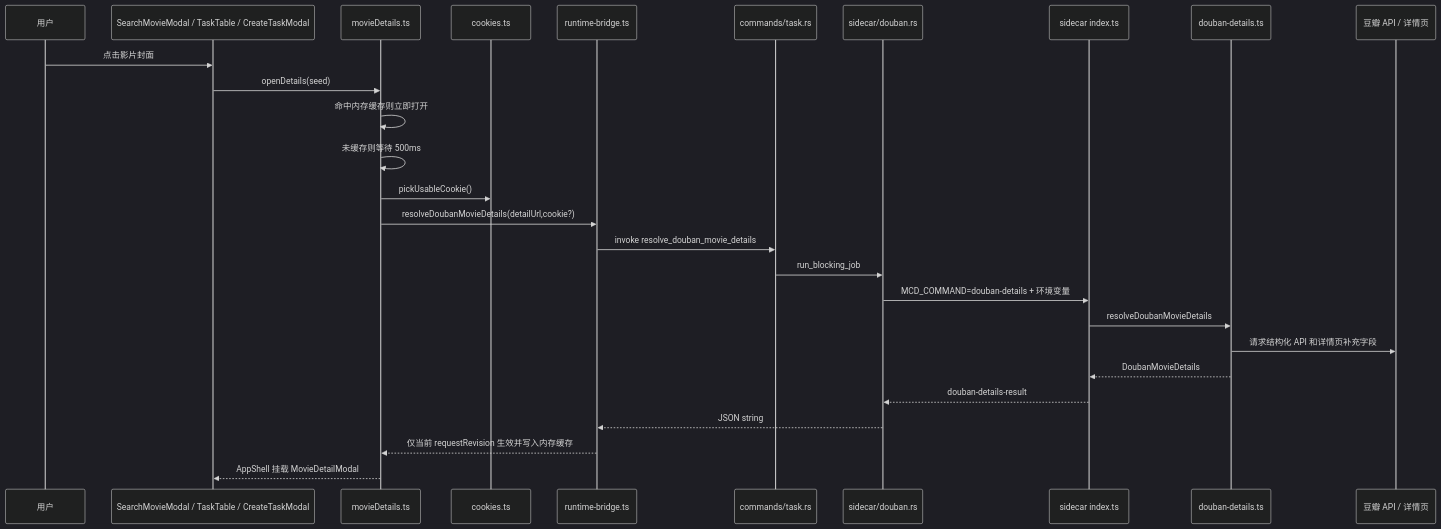
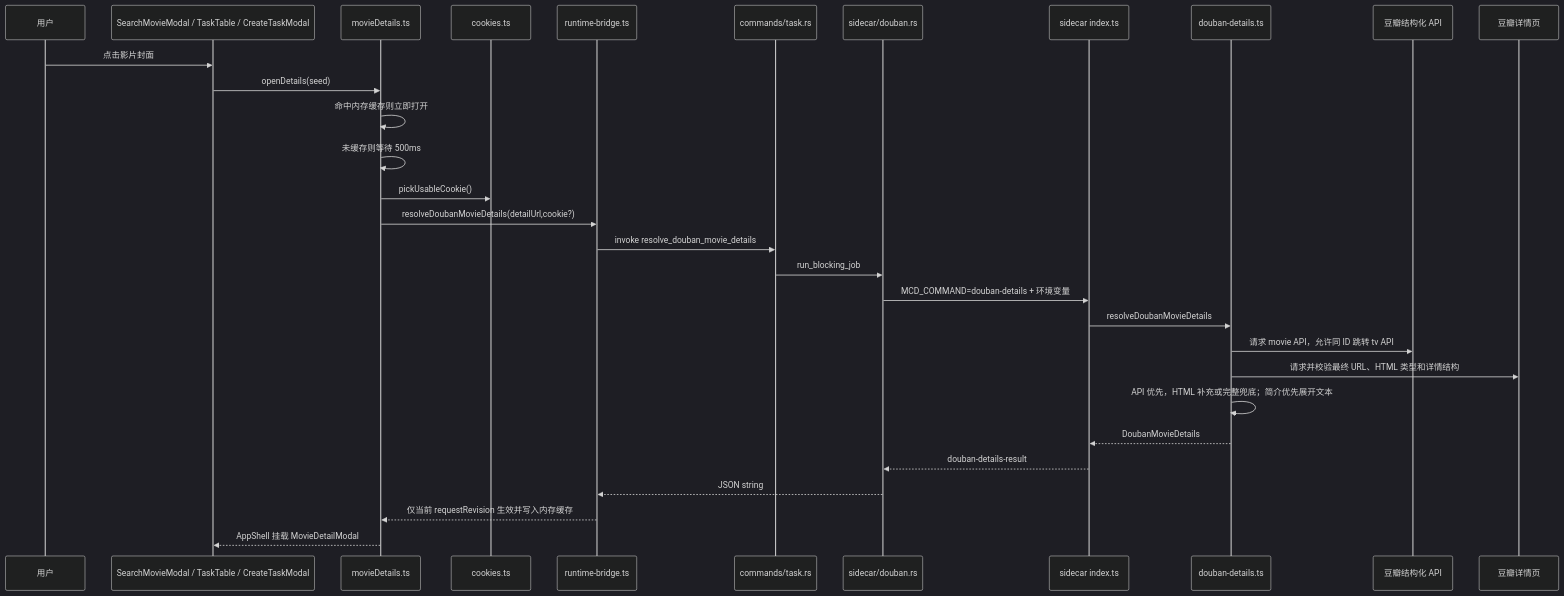
One commit to vdbvxcbcb/movie-cover-downloader changed the second of 11 diagrams in docs/ai-context/runtime-flows.md. Above: the diagram before and after it, drawn with Mermaid (dark theme). The commit also changed other lines of this file and 6 other files, not shown here.

````diff
--- a/docs/ai-context/runtime-flows.md
+++ b/docs/ai-context/runtime-flows.md
@@ -71,30 +71,33 @@
 ```mermaid
 sequenceDiagram
   participant User as 用户
   participant Entry as SearchMovieModal / TaskTable / CreateTaskModal
   participant Store as movieDetails.ts
   participant Cookies as cookies.ts
   participant Bridge as runtime-bridge.ts
   participant Tauri as commands/task.rs
   participant RustSidecar as sidecar/douban.rs
   participant Sidecar as sidecar index.ts
   participant DetailService as douban-details.ts
-  participant Douban as 豆瓣 API / 详情页
+  participant Api as 豆瓣结构化 API
+  participant Html as 豆瓣详情页
 
   User->>Entry: 点击影片封面
   Entry->>Store: openDetails(seed)
   Store->>Store: 命中内存缓存则立即打开
   Store->>Store: 未缓存则等待 500ms
   Store->>Cookies: pickUsableCookie()
   Store->>Bridge: resolveDoubanMovieDetails(detailUrl,cookie?)
   Bridge->>Tauri: invoke resolve_douban_movie_details
   Tauri->>RustSidecar: run_blocking_job
   RustSidecar->>Sidecar: MCD_COMMAND=douban-details + 环境变量
   Sidecar->>DetailService: resolveDoubanMovieDetails
-  DetailService->>Douban: 请求结构化 API 和详情页补充字段
+  DetailService->>Api: 请求 movie API，允许同 ID 跳转 tv API
+  DetailService->>Html: 请求并校验最终 URL、HTML 类型和详情结构
+  DetailService->>DetailService: API 优先，HTML 补充或完整兜底；简介优先展开文本
   DetailService-->>Sidecar: DoubanMovieDetails
   Sidecar-->>RustSidecar: douban-details-result
   RustSidecar-->>Bridge: JSON string
   Bridge-->>Store: 仅当前 requestRevision 生效并写入内存缓存
   Store-->>Entry: AppShell 挂载 MovieDetailModal
 ```
````
